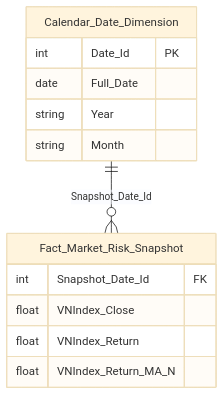
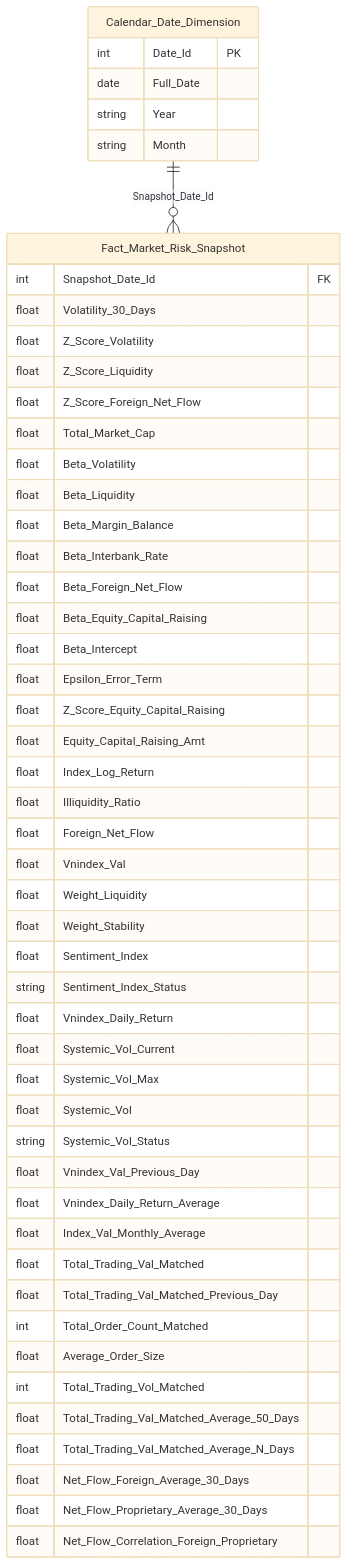
One commit to linhlvit/ubck_atomic_design changed diagram 17 of 55 in Datamart/hld/DTM_PTTT_HLD.md. Above: the diagram before and after it, drawn with Mermaid (base theme). The commit also changed other lines of this file and 60 other files, not shown here.

````diff
--- a/Datamart/hld/DTM_PTTT_HLD.md
+++ b/Datamart/hld/DTM_PTTT_HLD.md
@@ -785,16 +861,54 @@
 ```mermaid
 erDiagram
     Fact_Market_Risk_Snapshot {
         int Snapshot_Date_Id FK
-        float VNIndex_Close
-        float VNIndex_Return
-        float VNIndex_Return_MA_N
+        float Volatility_30_Days
+        float Z_Score_Volatility
+        float Z_Score_Liquidity
+        float Z_Score_Foreign_Net_Flow
+        float Total_Market_Cap
+        float Beta_Volatility
+        float Beta_Liquidity
+        float Beta_Margin_Balance
+        float Beta_Interbank_Rate
+        float Beta_Foreign_Net_Flow
+        float Beta_Equity_Capital_Raising
+        float Beta_Intercept
+        float Epsilon_Error_Term
+        float Z_Score_Equity_Capital_Raising
+        float Equity_Capital_Raising_Amt
+        float Index_Log_Return
+        float Illiquidity_Ratio
+        float Foreign_Net_Flow
+        float Vnindex_Val
+        float Weight_Liquidity
+        float Weight_Stability
+        float Sentiment_Index
+        string Sentiment_Index_Status
+        float Vnindex_Daily_Return
+        float Systemic_Vol_Current
+        float Systemic_Vol_Max
+        float Systemic_Vol
+        string Systemic_Vol_Status
+        float Vnindex_Val_Previous_Day
+        float Vnindex_Daily_Return_Average
+        float Index_Val_Monthly_Average
+        float Total_Trading_Val_Matched
+        float Total_Trading_Val_Matched_Previous_Day
+        int Total_Order_Count_Matched
+        float Average_Order_Size
+        int Total_Trading_Vol_Matched
+        float Total_Trading_Val_Matched_Average_50_Days
+        float Total_Trading_Val_Matched_Average_N_Days
+        float Net_Flow_Foreign_Average_30_Days
+        float Net_Flow_Proprietary_Average_30_Days
+        float Net_Flow_Correlation_Foreign_Proprietary
     }
     Calendar_Date_Dimension {
         int Date_Id PK
         date Full_Date
         string Year
         string Month
     }
     Calendar_Date_Dimension ||--o{ Fact_Market_Risk_Snapshot : "Snapshot_Date_Id"
 ```
````
